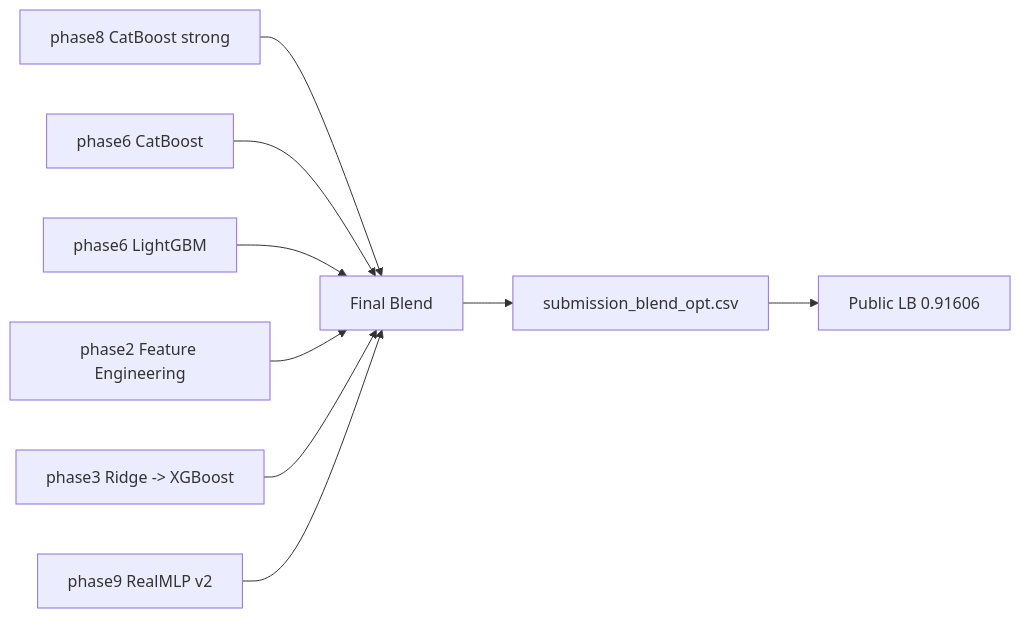
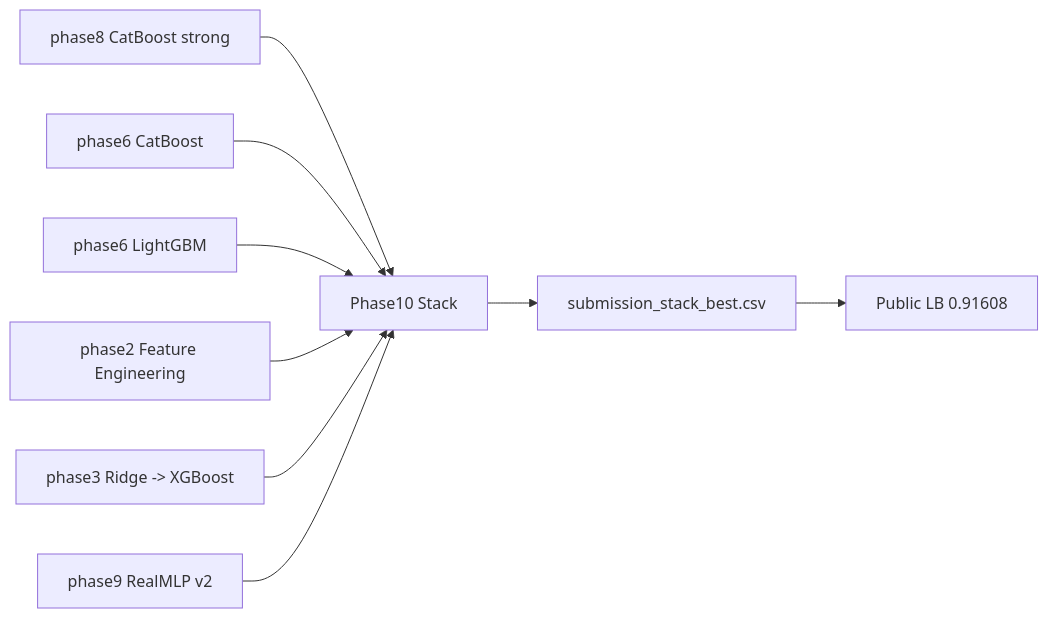
The fourth of 4 diagrams in docs/competition_paper.md (ChicaChan/PS-S6E3), drawn with Mermaid before and after one commit. The commit also changed other lines of this file and 2 other files, not shown here.

Commit message:
docs: refresh project docs for phase10-14

````diff
--- a/docs/competition_paper.md
+++ b/docs/competition_paper.md
@@ -769,11 +940,11 @@
 ```mermaid
 flowchart LR
-    A[phase8 CatBoost strong] --> Z[Final Blend]
+    A[phase8 CatBoost strong] --> Z[Phase10 Stack]
     B[phase6 CatBoost] --> Z
     C[phase6 LightGBM] --> Z
     D[phase2 Feature Engineering] --> Z
     E[phase3 Ridge -> XGBoost] --> Z
     F[phase9 RealMLP v2] --> Z
-    Z --> G[submission_blend_opt.csv]
-    G --> H[Public LB 0.91606]
+    Z --> G[submission_stack_best.csv]
+    G --> H[Public LB 0.91608]
 ```
````
